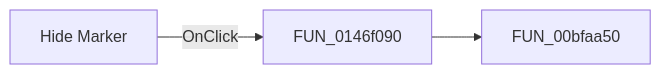
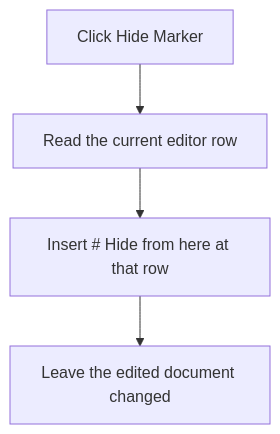
Before and after one commit to MovGP0/TIARA: the diagram in docs/ui-controls/pymainform/mnhidemarker-55cda7267a.md, drawn with Mermaid. The commit also changed other lines of this file and 1062 other files, not shown here.

````diff
--- a/docs/ui-controls/pymainform/mnhidemarker-55cda7267a.md
+++ b/docs/ui-controls/pymainform/mnhidemarker-55cda7267a.md
@@ -27,5 +29,6 @@
 ```mermaid
-flowchart LR
-    control["Hide Marker"] -->|OnClick| handler["FUN_0146f090"]
-    handler --> call1["FUN_00bfaa50"]
+flowchart TD
+    control["Click Hide Marker"] --> row["Read the current editor row"]
+    row --> insert["Insert # Hide from here at that row"]
+    insert --> changed["Leave the edited document changed"]
 ```
````
